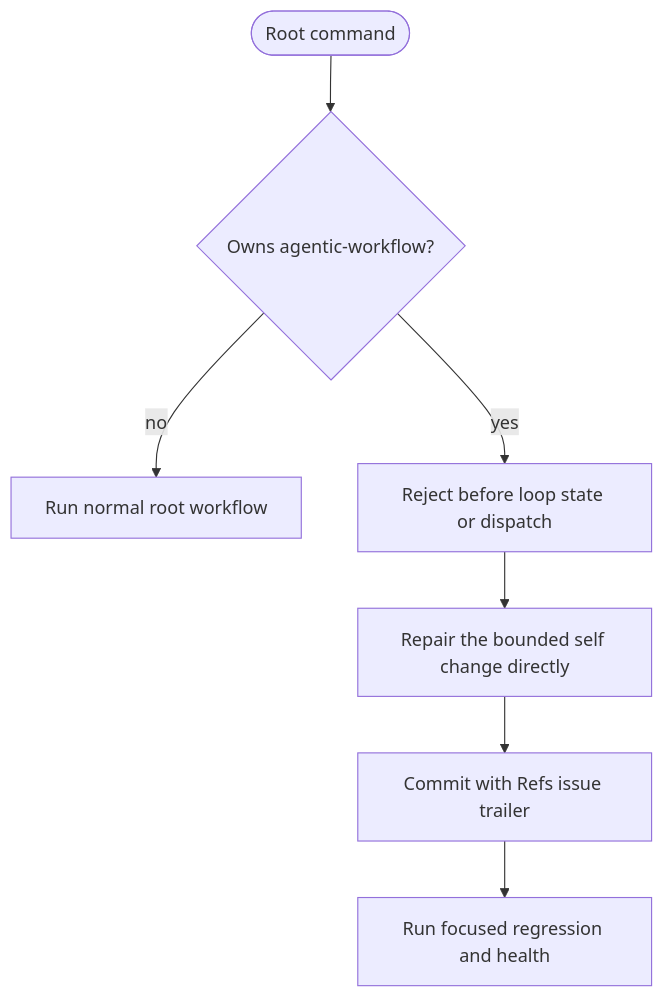
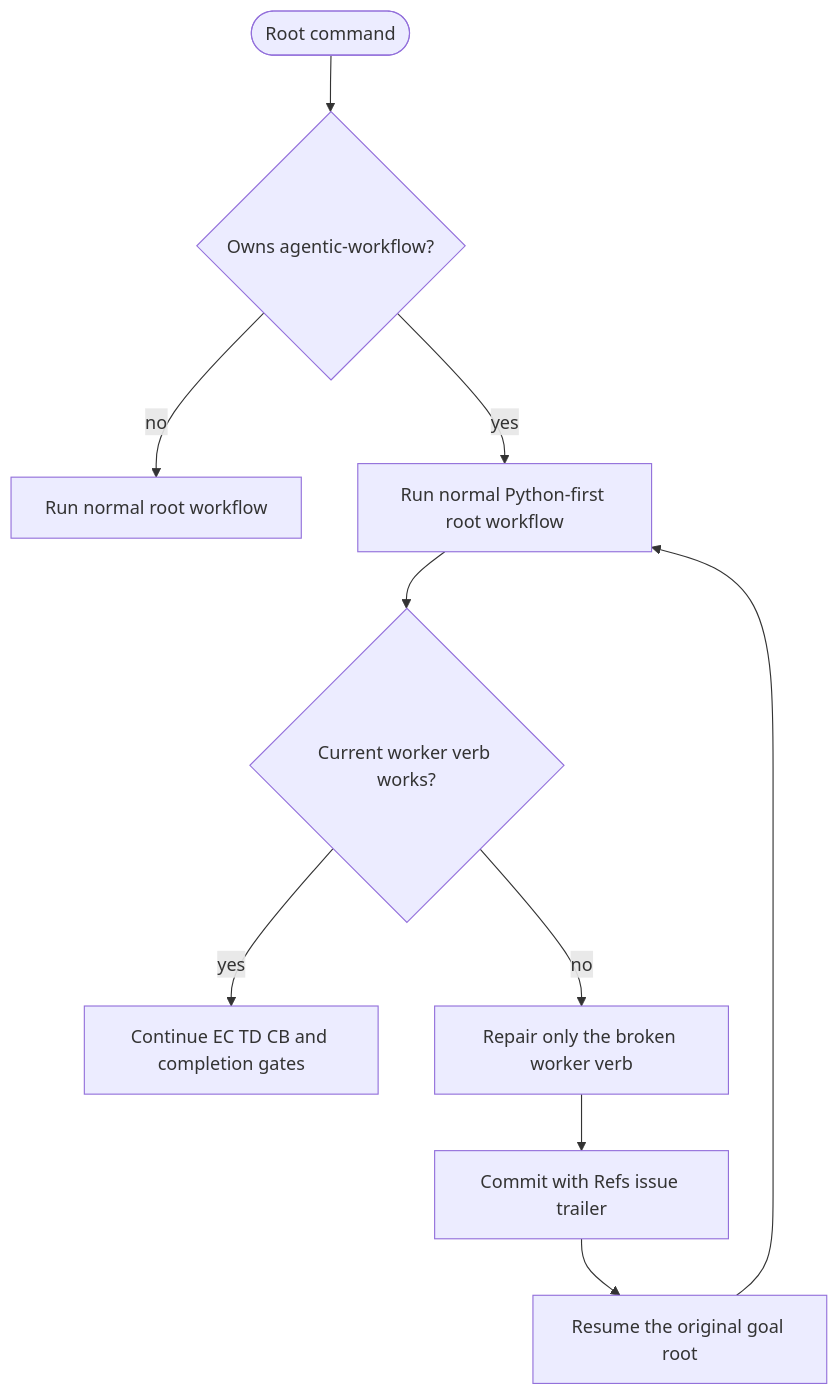
The first of 2 diagrams in apps/agentic-workflow/tech-design/surface/specs/aw-self-hosting-runner-policy.md (chrischeng-c4/axiom), drawn with Mermaid before and after one commit. The commit also changed other lines of this file and 27 other files, not shown here.

First line of the commit message:
fix(aw): enable Python-first self-hosting roots

````diff
--- a/apps/agentic-workflow/tech-design/surface/specs/aw-self-hosting-runner-policy.md
+++ b/apps/agentic-workflow/tech-design/surface/specs/aw-self-hosting-runner-policy.md
@@ -45,12 +47,15 @@
 ```mermaid
 ---
 id: aw-self-hosting-runner-policy-flow
 ---
 flowchart TD
     start([Root command]) --> identity{Owns agentic-workflow?}
     identity -->|no| generic[Run normal root workflow]
-    identity -->|yes| reject[Reject before loop state or dispatch]
-    reject --> direct[Repair the bounded self change directly]
+    identity -->|yes| python[Run normal Python-first root workflow]
+    python --> worker{Current worker verb works?}
+    worker -->|yes| verify[Continue EC TD CB and completion gates]
+    worker -->|no| direct[Repair only the broken worker verb]
     direct --> trailer[Commit with Refs issue trailer]
-    trailer --> verify[Run focused regression and health]
+    trailer --> resume[Resume the original goal root]
+    resume --> python
 ```
````
